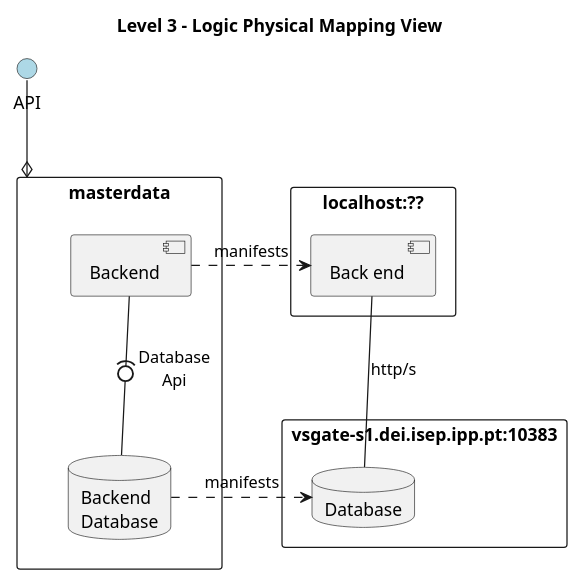
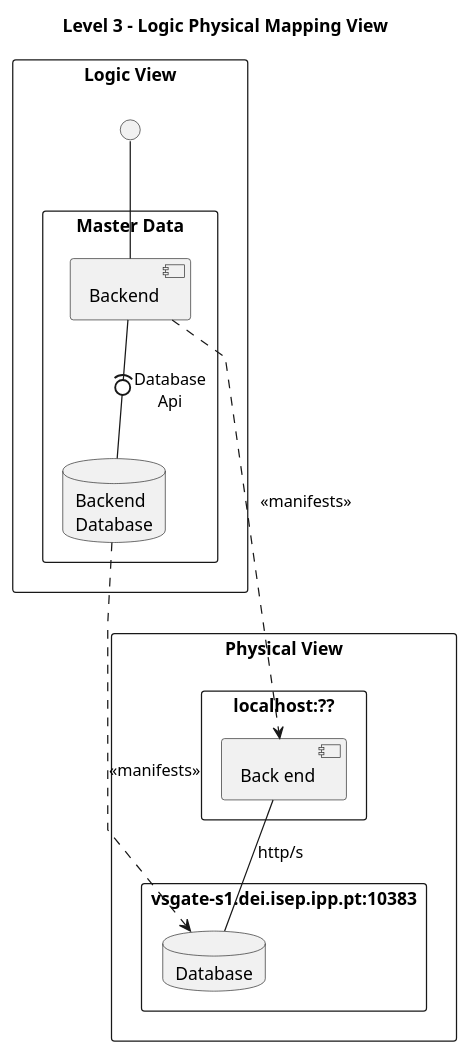
The diagram in docs/sprint_1/global_artifacts/arquitecture/level_3/mapping_view/l3_logic_physical_view.puml (BernasDzn/portit), drawn with PlantUML before and after one commit. The commit also changed 5 other files, not shown here.

```diff
--- a/docs/sprint_1/global_artifacts/arquitecture/level_3/mapping_view/l3_logic_physical_view.puml
+++ b/docs/sprint_1/global_artifacts/arquitecture/level_3/mapping_view/l3_logic_physical_view.puml
@@ -1,35 +1,37 @@
 @startuml mapping_view_n3
 skinparam Linetype polyline
 
 title Level 3 - Logic Physical Mapping View
 
-circle "API" as api #LightBlue
+rectangle "Logic View"{
+	circle " " as api
 
-api --o masterdata
+	rectangle "Master Data" as masterdata {
+		
+		[Backend] as backend
 
-rectangle "Master Data" as masterdata {
-	
-	[Backend] as backend
+		database "Backend\nDatabase" as database
 
-	database "Backend\nDatabase" as database
+	} 
 
-} 
-
-backend -(0- database : "Database\nApi"
-
-rectangle "localhost:??" as localhost {
-
-    [Back end] as backend2
+	api -- backend
+	backend -(0- database : "Database\nApi"
 }
 
-rectangle "vsgate-s1.dei.isep.ipp.pt:10383" as server1 {
+rectangle "Physical View"{
+	rectangle "localhost:??" as localhost {
+		[Back end] as backend2
+	}
 
-    database Database 
+	rectangle "vsgate-s1.dei.isep.ipp.pt:10383" as server1 {
+
+		database Database 
+	}
+
+	backend2 -- Database : http/s
 }
 
-backend2 -- Database : http/s
-
-backend .r.> backend2 : "manifests"
-database .r.> Database : "manifests"
+backend ...> backend2 : "<<manifests>>"
+database ...> Database : "<<manifests>>"
 
 @enduml
```
